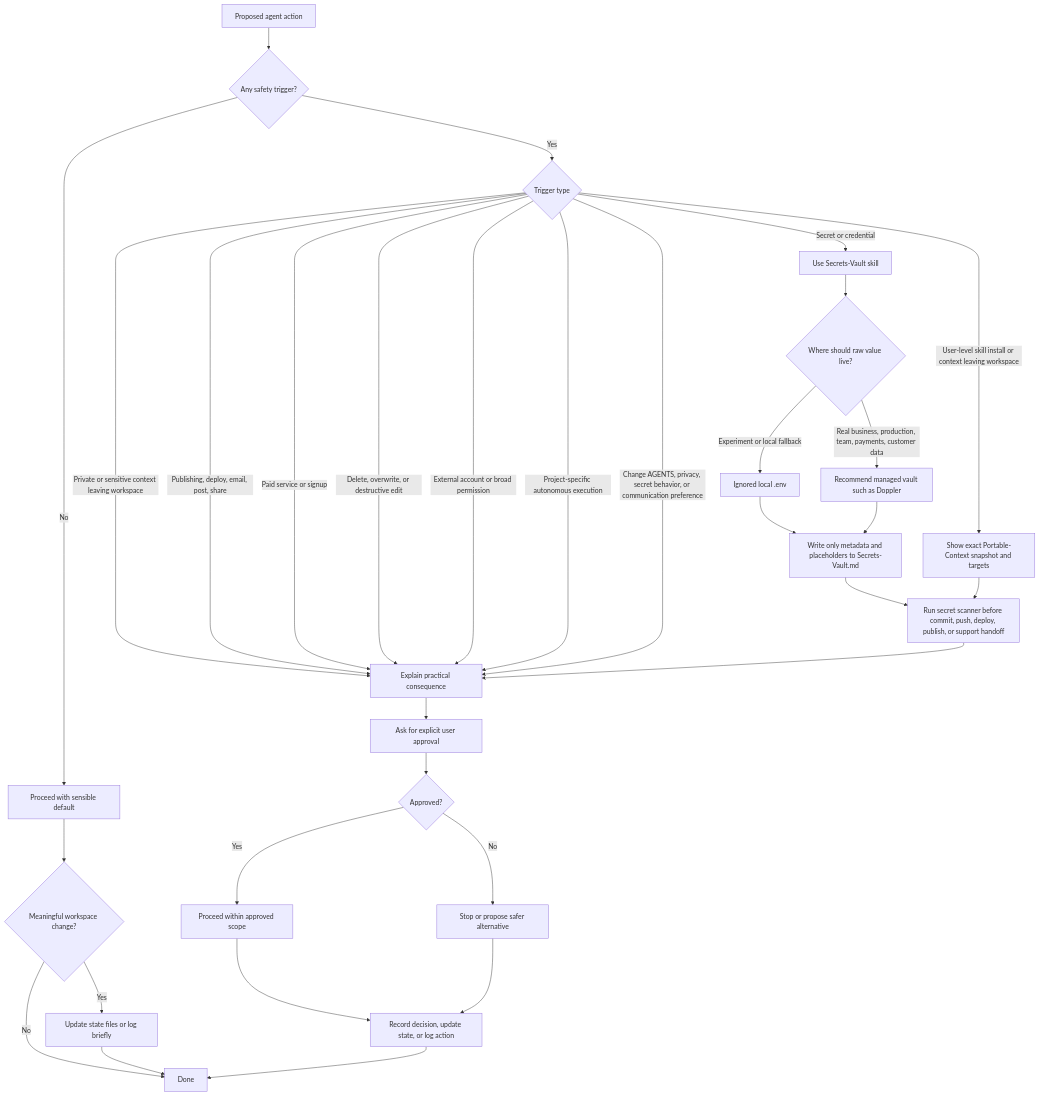
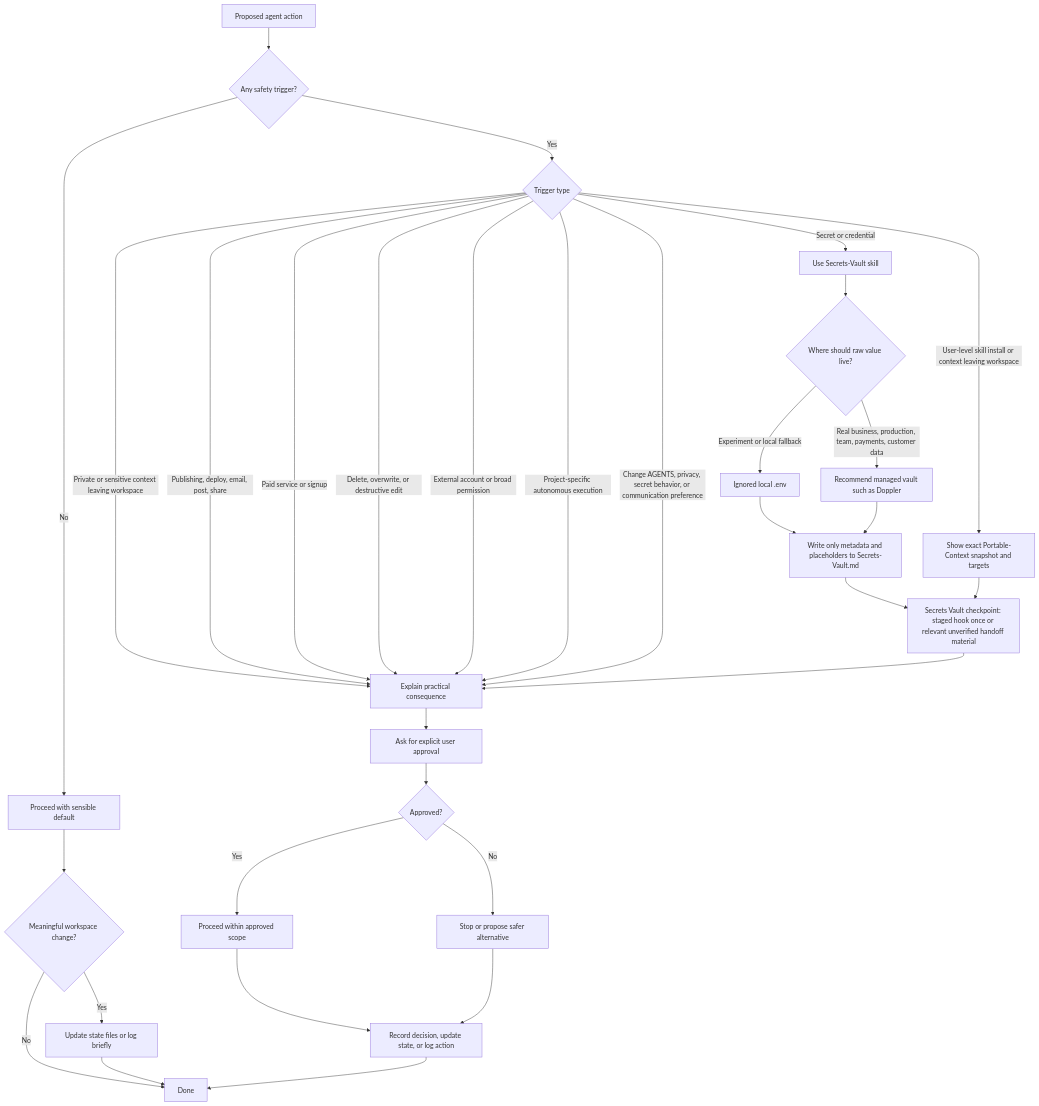
The diagram in Architecture/safety-gates.md (V-Andriy/business-ai-starter-kit), drawn with Mermaid before and after one commit. The commit also changed 54 other files, not shown here.

````diff
--- a/Architecture/safety-gates.md
+++ b/Architecture/safety-gates.md
@@ -6,37 +6,37 @@
 ```mermaid
 flowchart TD
   Action["Proposed agent action"] --> Risk{"Any safety trigger?"}
   Risk -- "No" --> SafeDefault["Proceed with sensible default"]
   SafeDefault --> LowRiskLog{"Meaningful workspace change?"}
   LowRiskLog -- "Yes" --> LogSafe["Update state files or log briefly"]
   LowRiskLog -- "No" --> Done["Done"]
 
   Risk -- "Yes" --> TriggerType{"Trigger type"}
   TriggerType -- "Secret or credential" --> SecretsSkill["Use Secrets-Vault skill"]
   TriggerType -- "Private or sensitive context leaving workspace" --> Explain["Explain practical consequence"]
   TriggerType -- "Publishing, deploy, email, post, share" --> Explain
   TriggerType -- "Paid service or signup" --> Explain
   TriggerType -- "Delete, overwrite, or destructive edit" --> Explain
   TriggerType -- "External account or broad permission" --> Explain
   TriggerType -- "User-level skill install or context leaving workspace" --> PortablePreview["Show exact Portable-Context snapshot and targets"]
   TriggerType -- "Project-specific autonomous execution" --> Explain
   TriggerType -- "Change AGENTS, privacy, secret behavior, or communication preference" --> Explain
 
   SecretsSkill --> SecretStorage{"Where should raw value live?"}
   SecretStorage -- "Experiment or local fallback" --> Env["Ignored local .env"]
   SecretStorage -- "Real business, production, team, payments, customer data" --> Vault["Recommend managed vault such as Doppler"]
   Env --> Metadata["Write only metadata and placeholders to Secrets-Vault.md"]
   Vault --> Metadata
-  Metadata --> Scanner["Run secret scanner before commit, push, deploy, publish, or support handoff"]
+  Metadata --> Scanner["Secrets Vault checkpoint: staged hook once or relevant unverified handoff material"]
   Scanner --> Explain
   PortablePreview --> Scanner
 
   Explain --> Approval["Ask for explicit user approval"]
   Approval --> Approved{"Approved?"}
   Approved -- "Yes" --> Proceed["Proceed within approved scope"]
   Approved -- "No" --> Safer["Stop or propose safer alternative"]
   Proceed --> Audit["Record decision, update state, or log action"]
   Safer --> Audit
   LogSafe --> Done
   Audit --> Done
 ```
````
